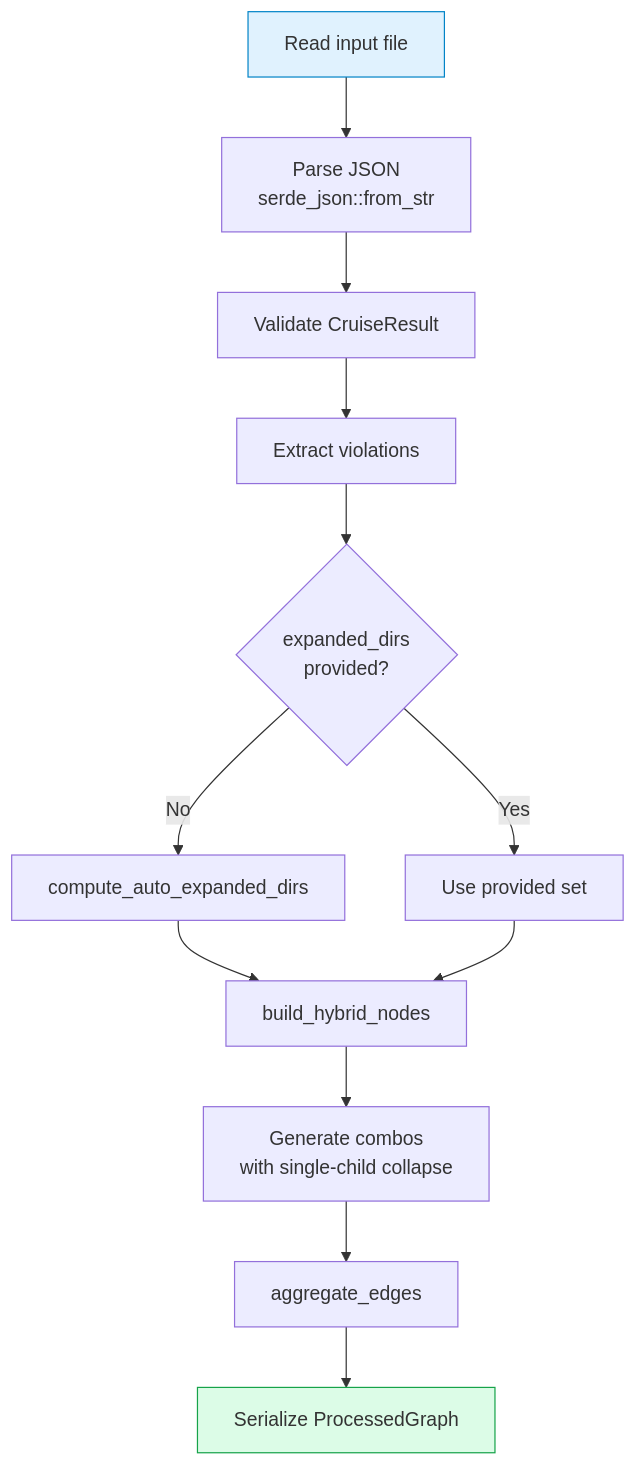
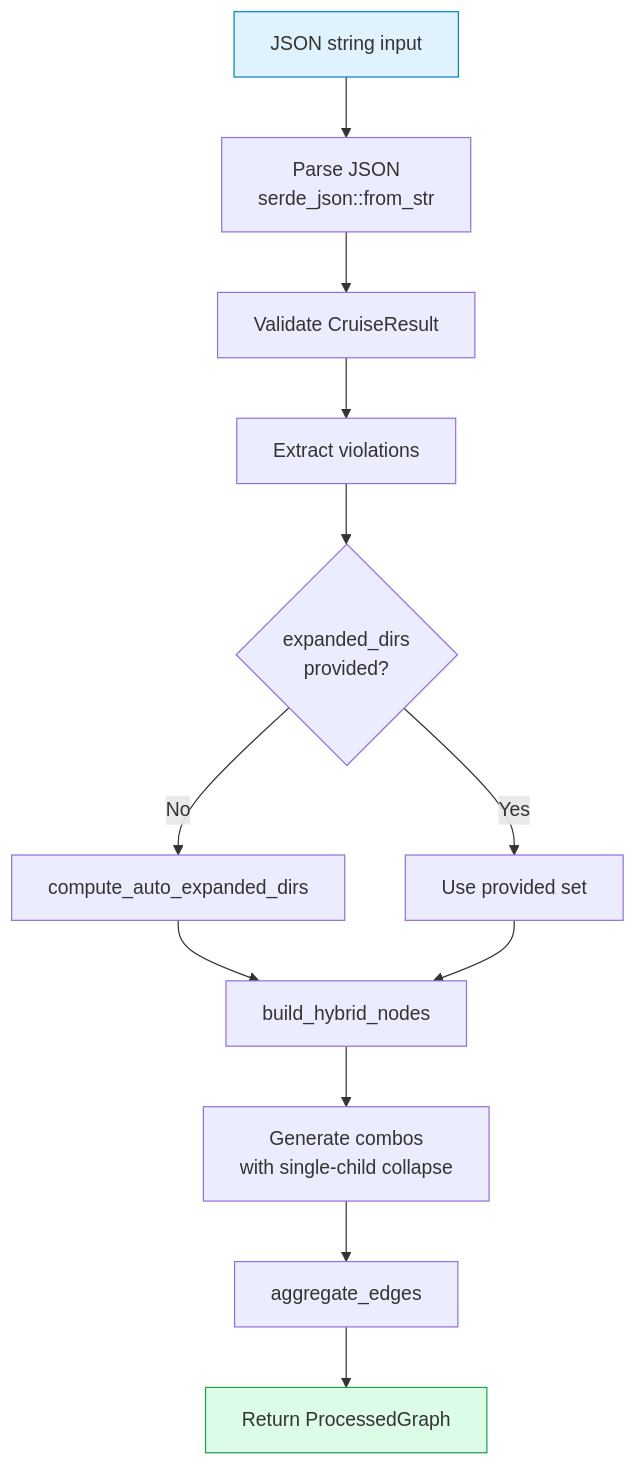
Before and after one commit to fisher-89/dependency-cruiser-reporter: the first of 2 diagrams in docs/backend/rust-engine.md, drawn with Mermaid. The commit also changed other lines of this file and 17 other files, not shown here.

````diff
--- a/docs/backend/rust-engine.md
+++ b/docs/backend/rust-engine.md
@@ -39,18 +42,18 @@
 ```mermaid
 flowchart TB
-    Input[Read input file] --> Parse[Parse JSON\nserde_json::from_str]
+    Input[JSON string input] --> Parse[Parse JSON\nserde_json::from_str]
     Parse --> Validate[Validate CruiseResult]
     Validate --> Violations[Extract violations]
     Violations --> ComputeExpanded{expanded_dirs\nprovided?}
     ComputeExpanded -->|No| AutoExpand[compute_auto_expanded_dirs]
     ComputeExpanded -->|Yes| UseProvided[Use provided set]
     AutoExpand --> BuildHybrid[build_hybrid_nodes]
     UseProvided --> BuildHybrid
 
     BuildHybrid --> Combos[Generate combos\nwith single-child collapse]
     Combos --> EdgeProc[aggregate_edges]
-    EdgeProc --> Output[Serialize ProcessedGraph]
+    EdgeProc --> Output[Return ProcessedGraph]
 
     style Input fill:#e0f2fe,stroke:#0284c7
     style Output fill:#dcfce7,stroke:#16a34a
 ```
````
